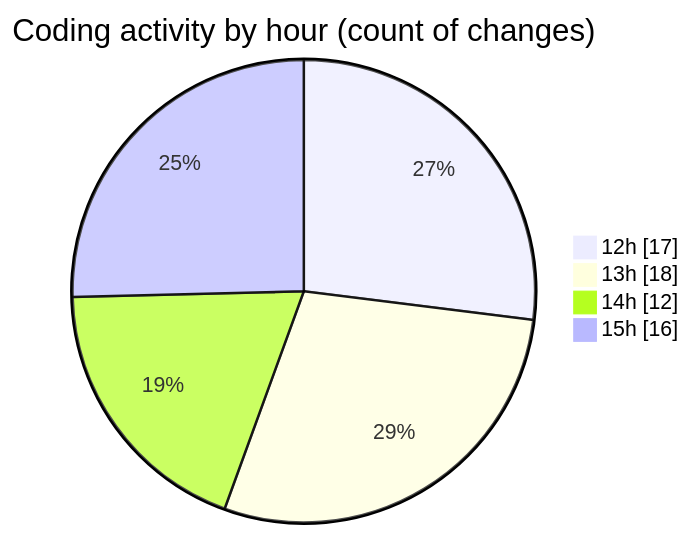
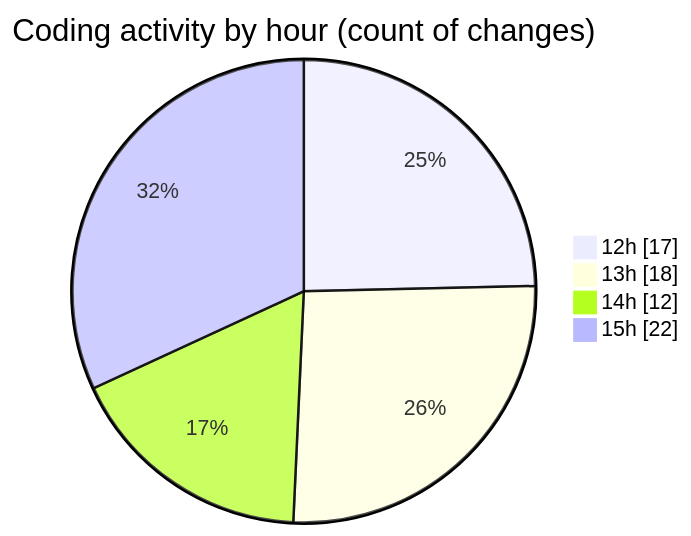
One commit to CELIANVF/code-tracking changed the second of 2 diagrams in 2025-06-01/video_app/README.md. Above: the diagram before and after it, drawn with Mermaid. The commit also changed other lines of this file and 1 other file, not shown here.

````diff
--- a/2025-06-01/video_app/README.md
+++ b/2025-06-01/video_app/README.md
@@ -38,8 +38,8 @@
 ```mermaid
 pie showData
 title Coding activity by hour (count of changes)
 "12h" : 17
 "13h" : 18
 "14h" : 12
-"15h" : 16
+"15h" : 22
 ```
````
